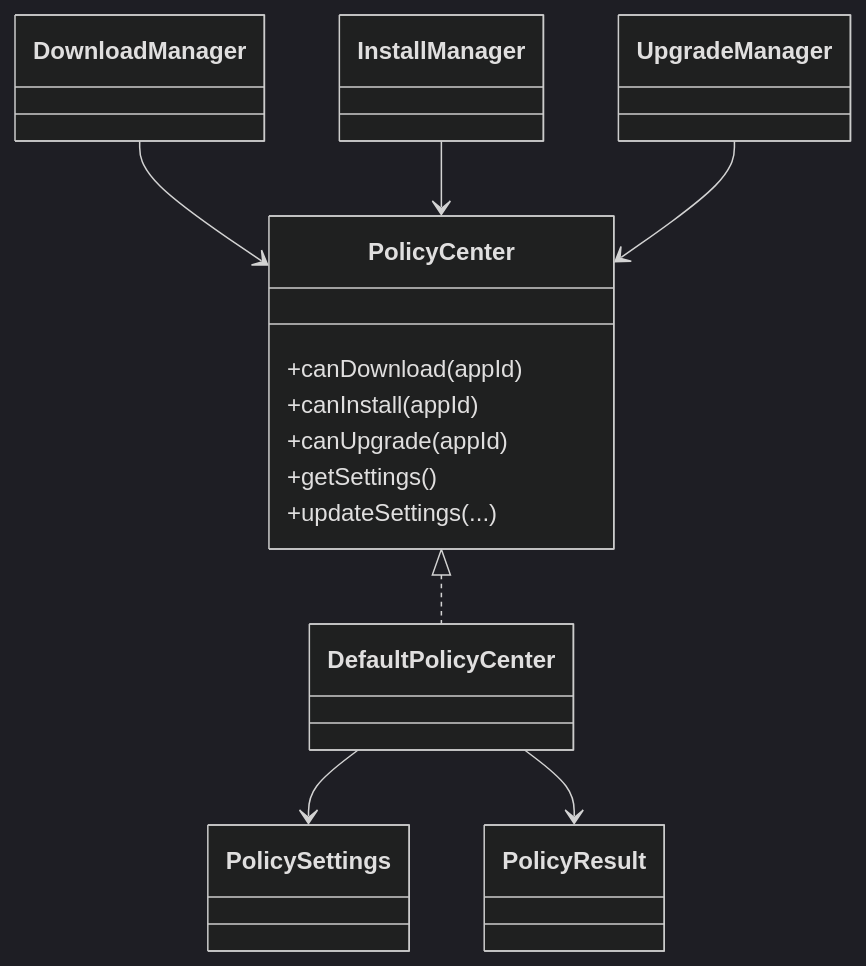
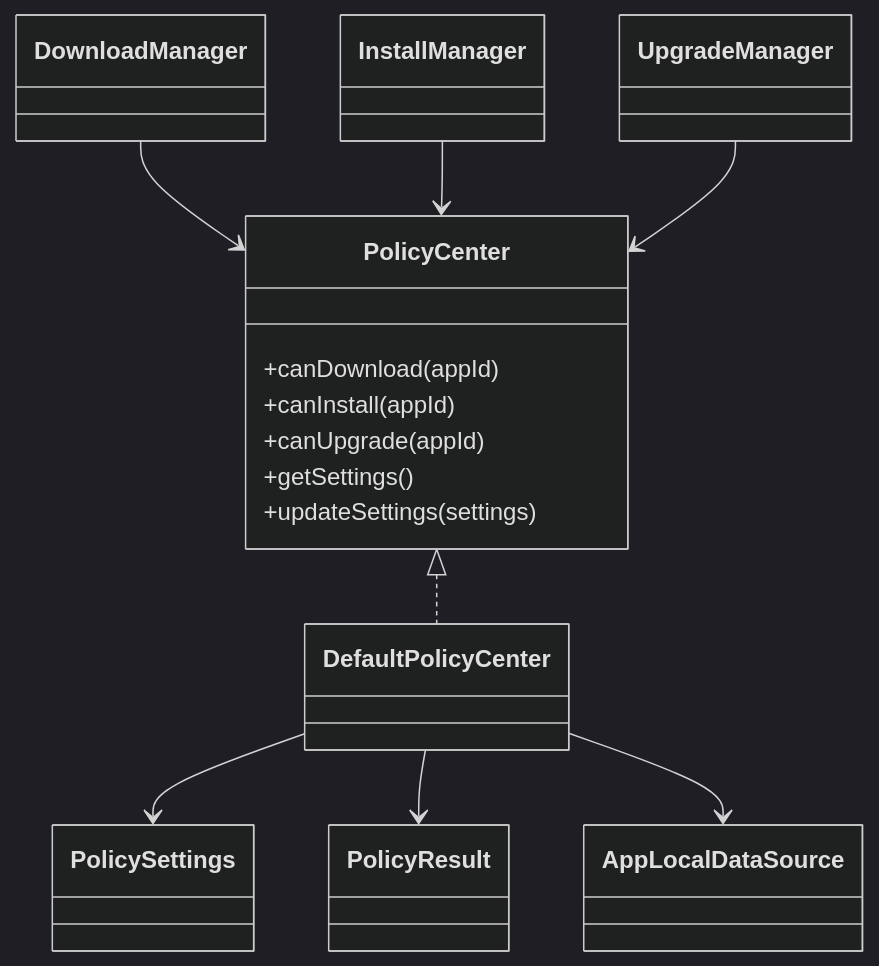
One commit to XZQ/CarAppStore changed the second of 4 diagrams in docs/13-策略中心架构与流程.md. Above: the diagram before and after it, drawn with Mermaid (dark theme). The commit also changed other lines of this file and 35 other files, not shown here.

Commit message:
Docs: reorganize architecture docs and handoff guide

````diff
--- a/docs/13-策略中心架构与流程.md
+++ b/docs/13-策略中心架构与流程.md
@@ -44,25 +56,27 @@
 ```mermaid
 classDiagram
 
 class PolicyCenter {
   +canDownload(appId)
   +canInstall(appId)
   +canUpgrade(appId)
   +getSettings()
-  +updateSettings(...)
+  +updateSettings(settings)
 }
 
 class DefaultPolicyCenter
 class PolicySettings
 class PolicyResult
+class AppLocalDataSource
 class DownloadManager
 class InstallManager
 class UpgradeManager
 
 PolicyCenter <|.. DefaultPolicyCenter
 DefaultPolicyCenter --> PolicySettings
 DefaultPolicyCenter --> PolicyResult
+DefaultPolicyCenter --> AppLocalDataSource
 DownloadManager --> PolicyCenter
 InstallManager --> PolicyCenter
 UpgradeManager --> PolicyCenter
 ```
````
